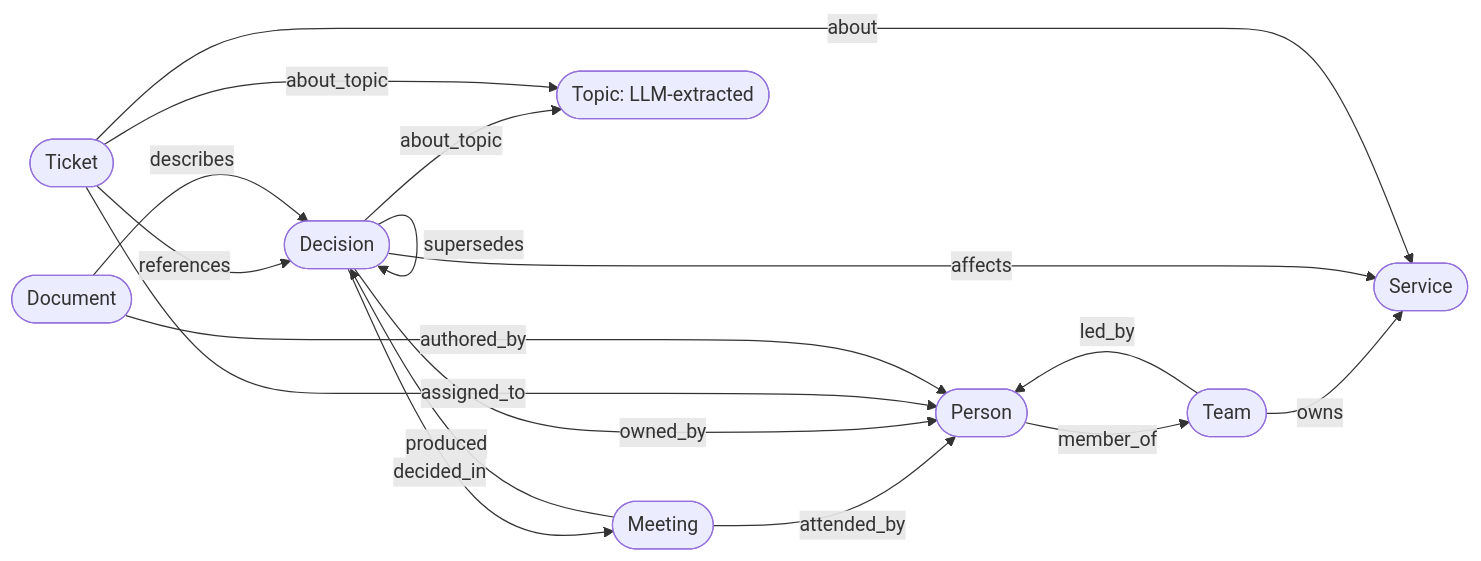
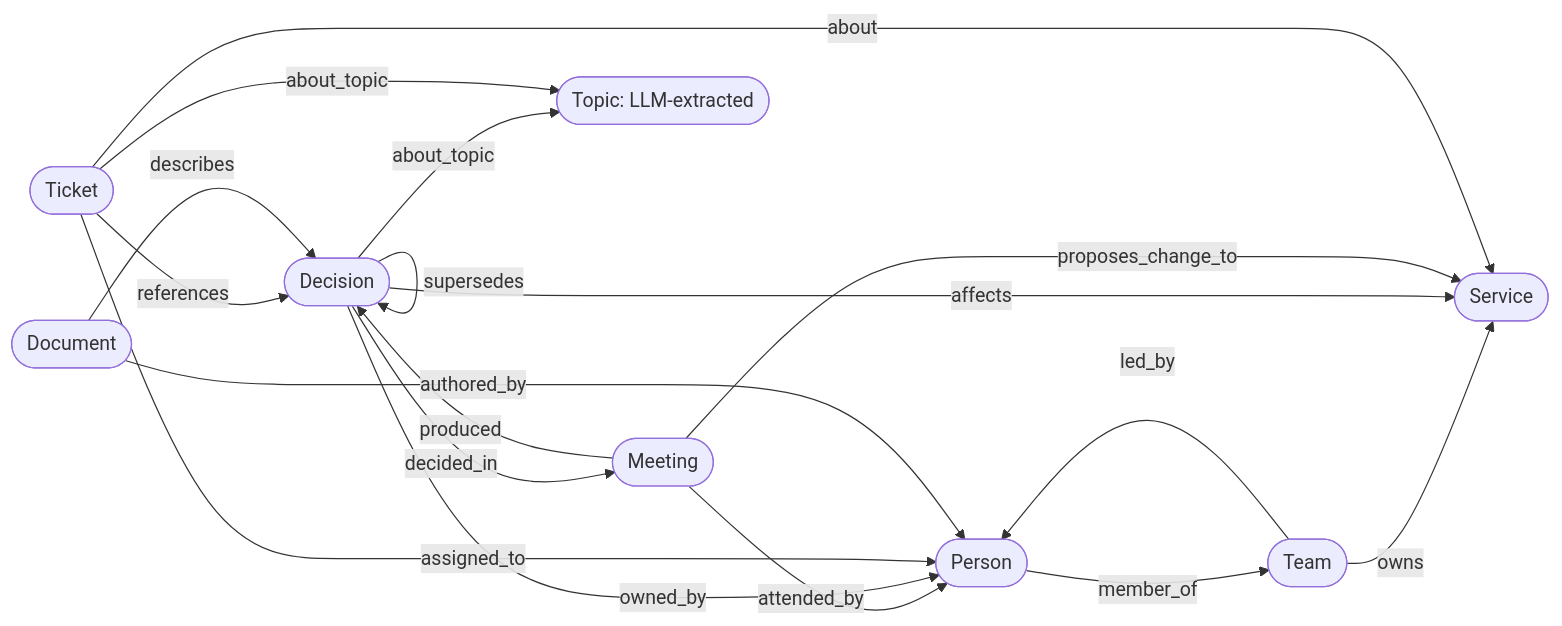
The third of 6 diagrams in docs/architecture.md (icyzh/cognee_brain), drawn with Mermaid before and after one commit. The commit also changed other lines of this file and 28 other files, not shown here.

````diff
--- a/docs/architecture.md
+++ b/docs/architecture.md
@@ -179,28 +179,29 @@
 ```mermaid
 flowchart LR
     P(["Person"])
     T(["Team"])
     S(["Service"])
     D(["Decision"])
     K(["Ticket"])
     M(["Meeting"])
     DOC(["Document"])
     TOP(["Topic: LLM-extracted"])
 
     P -- member_of --> T
     T -- owns --> S
     D -- affects --> S
     D -- decided_in --> M
     M -- attended_by --> P
     M -- produced --> D
+    M -- proposes_change_to --> S
     D -- supersedes --> D
     D -- owned_by --> P
     T -- led_by --> P
     K -- assigned_to --> P
     K -- about --> S
     K -- references --> D
     DOC -- describes --> D
     DOC -- authored_by --> P
     D -- about_topic --> TOP
     K -- about_topic --> TOP
 ```
````
